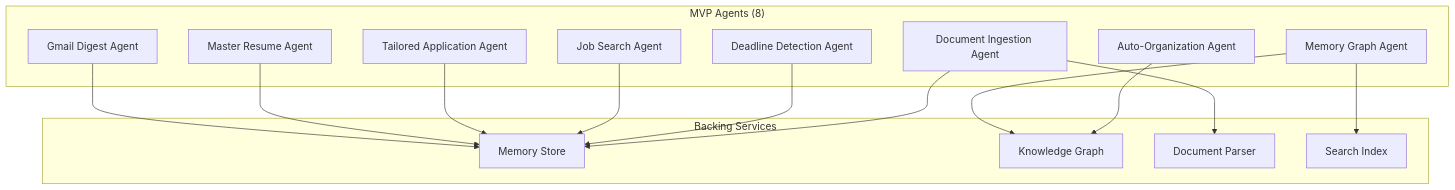
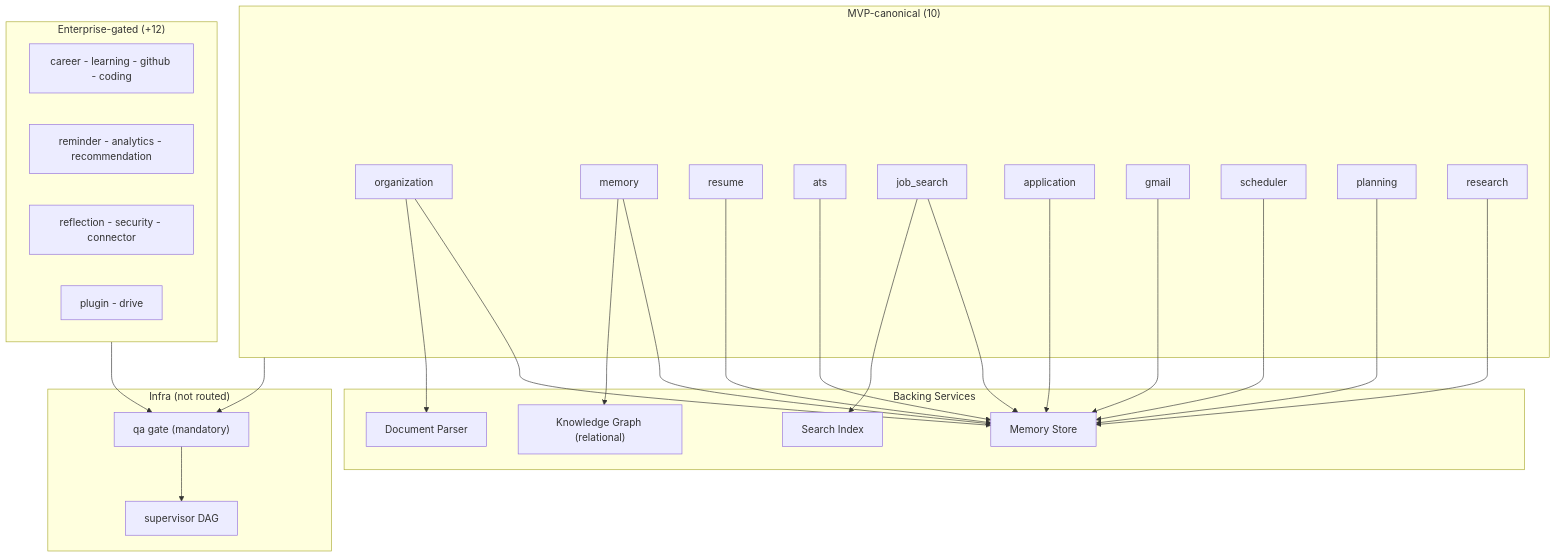
Before and after one commit to Driftloom/Vaeloom: the diagram in docs/agents/mvp/agent-inventory.md, drawn with Mermaid. The commit also changed other lines of this file and 12 other files, not shown here.

Commit message:
docs(architecture): reconcile system, agent, connector, and auth specs with code truth

````diff
--- a/docs/agents/mvp/agent-inventory.md
+++ b/docs/agents/mvp/agent-inventory.md
@@ -11,25 +14,42 @@
 ```mermaid
 graph TD
- subgraph MVP["MVP Agents (8)"]
- A1["Document Ingestion Agent"]
- A2["Auto-Organization Agent"]
- A3["Deadline Detection Agent"]
- A4["Job Search Agent"]
- A5["Tailored Application Agent"]
- A6["Master Resume Agent"]
- A7["Memory Graph Agent"]
- A8["Gmail Digest Agent"]
- end
+  subgraph MVP["MVP-canonical (10)"]
+  A1["organization"]
+  A2["memory"]
+  A3["resume"]
+  A4["ats"]
+  A5["job_search"]
+  A6["application"]
+  A7["gmail"]
+  A8["scheduler"]
+  A9["planning"]
+  A10["research"]
+  end
 
- subgraph Services["Backing Services"]
- S1["Memory Store"]
- S2["Knowledge Graph"]
- S3["Document Parser"]
- S4["Search Index"]
- end
+  subgraph ENT["Enterprise-gated (+12)"]
+  E1["career - learning - github - coding"]
+  E2["reminder - analytics - recommendation"]
+  E3["reflection - security - connector"]
+  E4["plugin - drive"]
+  end
 
- A1--> S1 & S3
- A2--> S2
- A7--> S2 & S4
- A3 & A4 & A5 & A6 & A8--> S1
+  subgraph INFRA["Infra (not routed)"]
+  QA["qa gate (mandatory)"]
+  SUP["supervisor DAG"]
+  end
+
+  subgraph Services["Backing Services"]
+  S1["Memory Store"]
+  S2["Knowledge Graph (relational)"]
+  S3["Document Parser"]
+  S4["Search Index"]
+  end
+
+  MVP --> QA
+  ENT --> QA
+  QA --> SUP
+  A1 & A2 & A3 & A4 & A5 & A6 & A7 & A8 & A9 & A10 --> S1
+  A2 --> S2
+  A1 --> S3
+  A5 --> S4
 ```
````
